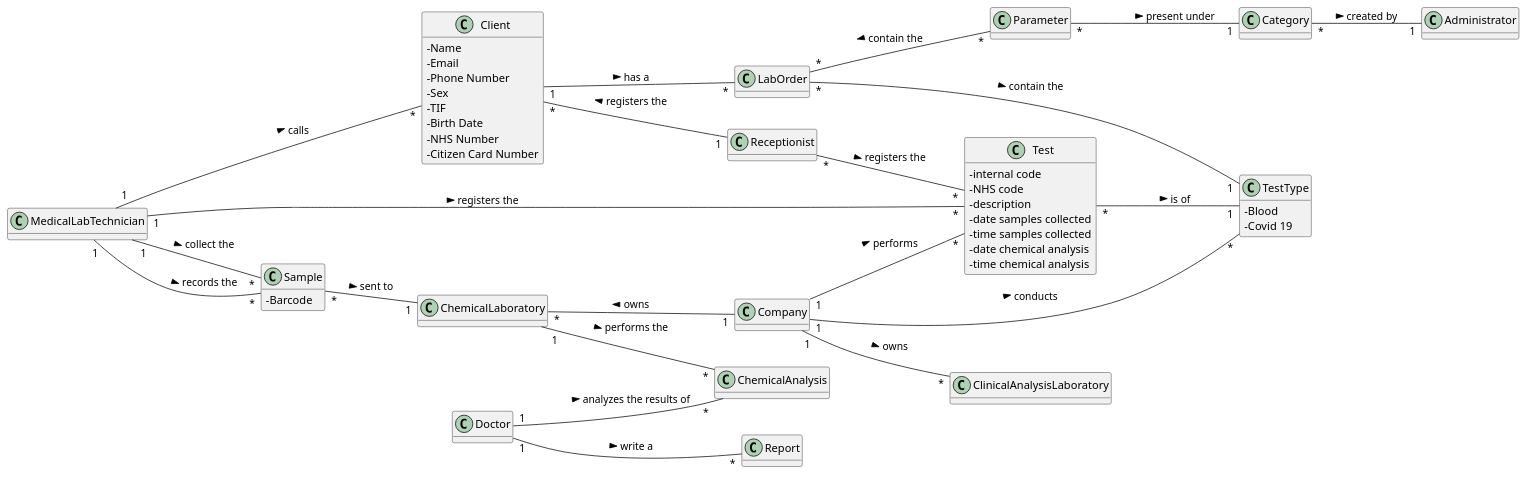
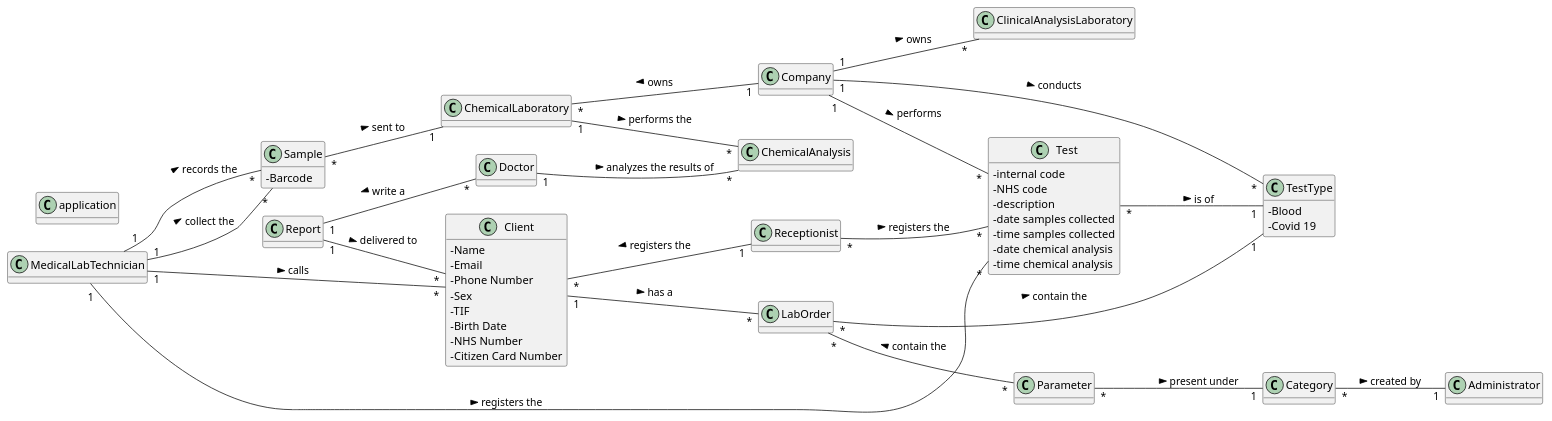
The diagram in docs/SprintA/Artifacts/DM.puml (manu-07-ela/LAPR2_ISEP), drawn with PlantUML before and after one commit.

Commit message:
no message

```diff
--- a/docs/SprintA/Artifacts/DM.puml
+++ b/docs/SprintA/Artifacts/DM.puml
@@ -1,111 +1,116 @@
 @startuml
 'https://plantuml.com/class-diagram
 
 hide methods
 left to right direction
 skinparam classAttributeIconSize 0
 
 class Receptionist {
 
 }
 
 class Client {
  - Name
  - Email
  - Phone Number
  - Sex
  - TIF
  - Birth Date
  - NHS Number
  - Citizen Card Number
 
 }
 
 class Doctor {
 
 }
 
 class Administrator{
 
 }
 
 
 
 class LabOrder {
 
 }
 
 class Category {
 
 }
 
 class TestType {
 - Blood
 - Covid 19
 }
 
 class Sample {
 - Barcode
 }
 
 class Report {
 
 }
 
 class Test {
 - internal code
 - NHS code
 - description
 - date samples collected
 - time samples collected
 - date chemical analysis
 - time chemical analysis
 }
 
 class Parameter {
 
 }
 
 class Company {
 
 }
 
 class ChemicalLaboratory{
 
 }
 
 class MedicalLabTechnician {
 
 }
 
 class ChemicalAnalysis {
 
 }
 
 class ClinicalAnalysisLaboratory{
 
 }
 
+class application{
+
+}
+
 Client "*" -- "1" Receptionist: registers the <
 LabOrder "*" -- "1" TestType: contain the >
 Client "1" -- "*" LabOrder: has a >
-Doctor "1" -- "*" Report: write a >
+Report "1" -- "*" Doctor: write a <
 Receptionist "*" -- "*" Test: registers the >
 Test "*" -- "1" TestType: is of >
 Parameter "*" -- "1" Category: present under >
 Category "*" -- "1" Administrator: created by >
 Company "1" -- "*" Test: performs >
 Sample "*" -- "1" ChemicalLaboratory: sent to >
 Company "1" -- "*" TestType: conducts >
 MedicalLabTechnician "1" -- "*" Client: calls >
 ChemicalLaboratory "1" -- "*" ChemicalAnalysis: performs the >
 MedicalLabTechnician "1" -- "*" Sample: records the >
 Company "1" -- "*" ClinicalAnalysisLaboratory: owns >
 ChemicalLaboratory "*" -- "1" Company: owns <
 LabOrder "*" -- "*" Parameter: contain the <
 MedicalLabTechnician "1" -- "*" Test: registers the >
 MedicalLabTechnician "1" -- "*" Sample: collect the >
 Doctor "1" -- "*" ChemicalAnalysis: analyzes the results of >
+Report "1" -- "*" Client: delivered to >
 
 
 @enduml
```
